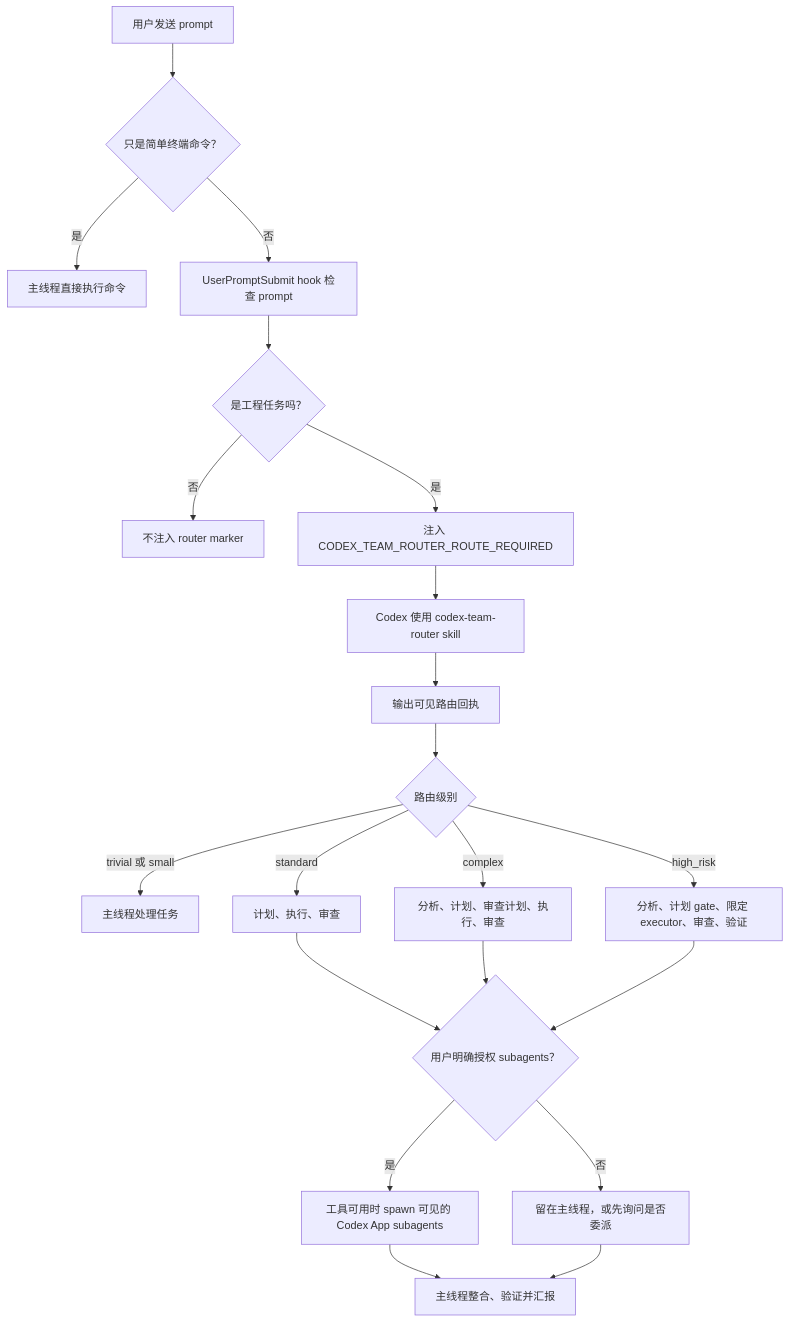
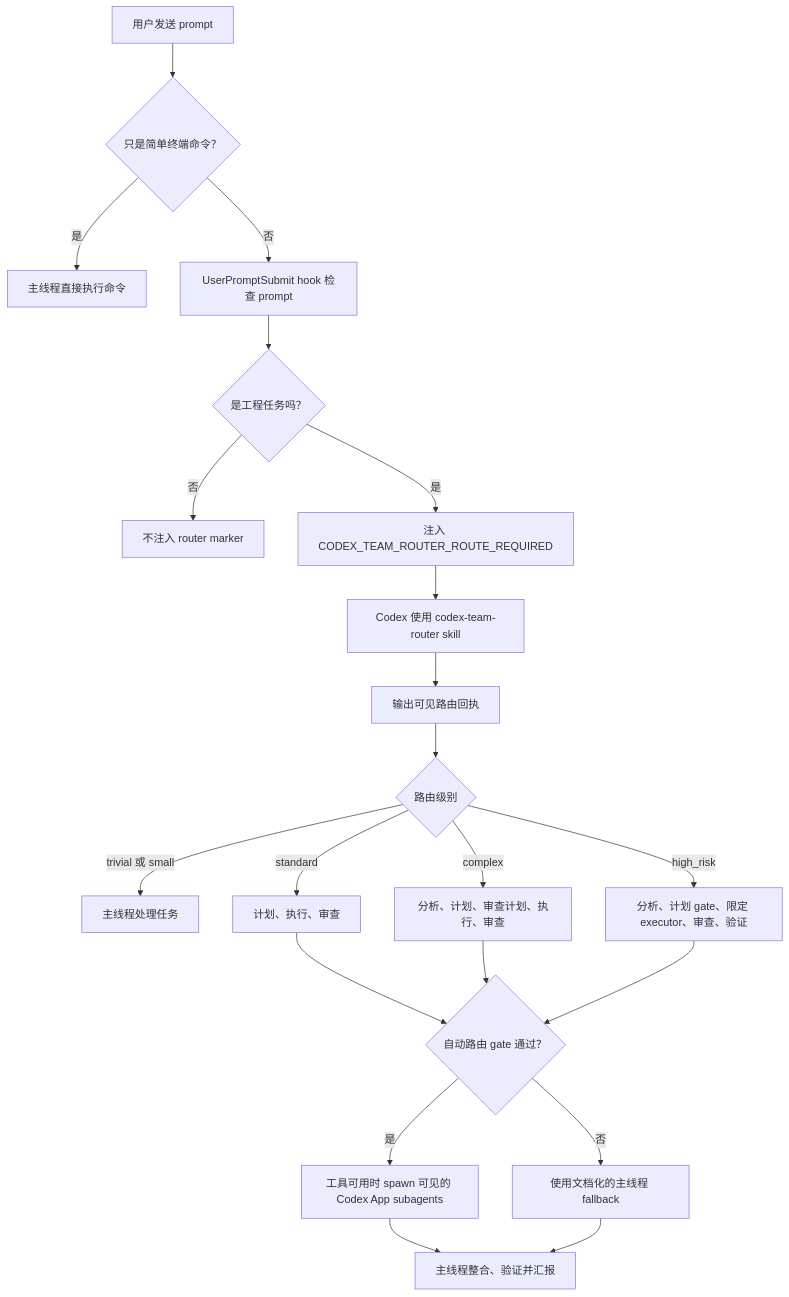
One commit to inorilzy/codex-team-router changed the diagram in README.zh-CN.md. Above: the diagram before and after it, drawn with Mermaid. The commit also changed other lines of this file and 7 other files, not shown here.

````diff
--- a/README.zh-CN.md
+++ b/README.zh-CN.md
@@ -31,23 +31,23 @@
 ```mermaid
 flowchart TD
   A["用户发送 prompt"] --> B{"只是简单终端命令？"}
   B -- "是" --> C["主线程直接执行命令"]
   B -- "否" --> D["UserPromptSubmit hook 检查 prompt"]
   D --> E{"是工程任务吗？"}
   E -- "否" --> F["不注入 router marker"]
   E -- "是" --> G["注入 CODEX_TEAM_ROUTER_ROUTE_REQUIRED"]
   G --> H["Codex 使用 codex-team-router skill"]
   H --> I["输出可见路由回执"]
   I --> J{"路由级别"}
   J -- "trivial 或 small" --> K["主线程处理任务"]
   J -- "standard" --> L["计划、执行、审查"]
   J -- "complex" --> M["分析、计划、审查计划、执行、审查"]
   J -- "high_risk" --> N["分析、计划 gate、限定 executor、审查、验证"]
-  L --> O{"用户明确授权 subagents？"}
+  L --> O{"自动路由 gate 通过？"}
   M --> O
   N --> O
   O -- "是" --> P["工具可用时 spawn 可见的 Codex App subagents"]
-  O -- "否" --> Q["留在主线程，或先询问是否委派"]
+  O -- "否" --> Q["使用文档化的主线程 fallback"]
   P --> R["主线程整合、验证并汇报"]
   Q --> R
 ```
````
